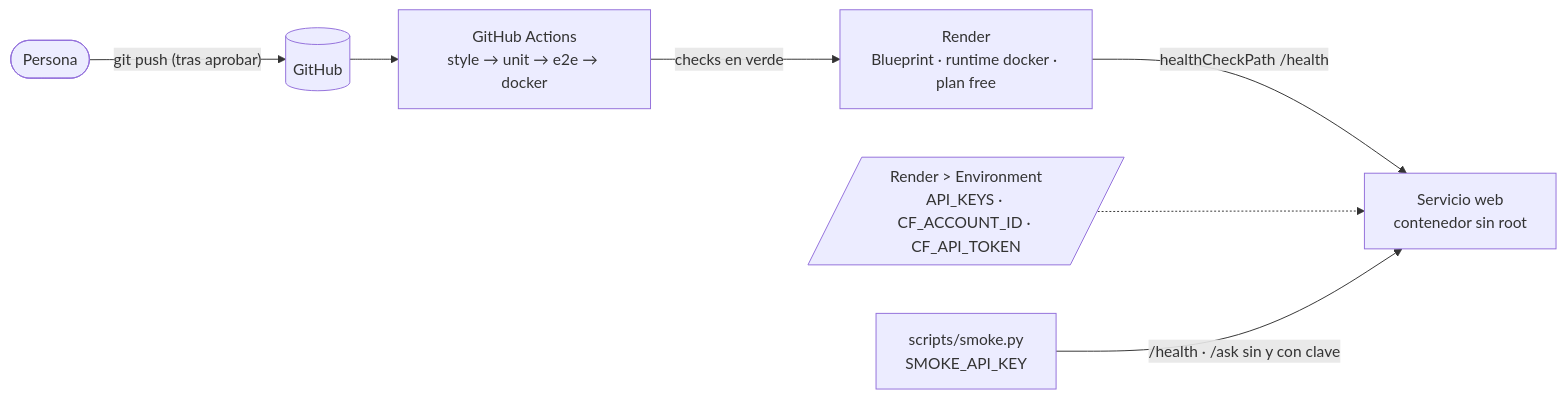
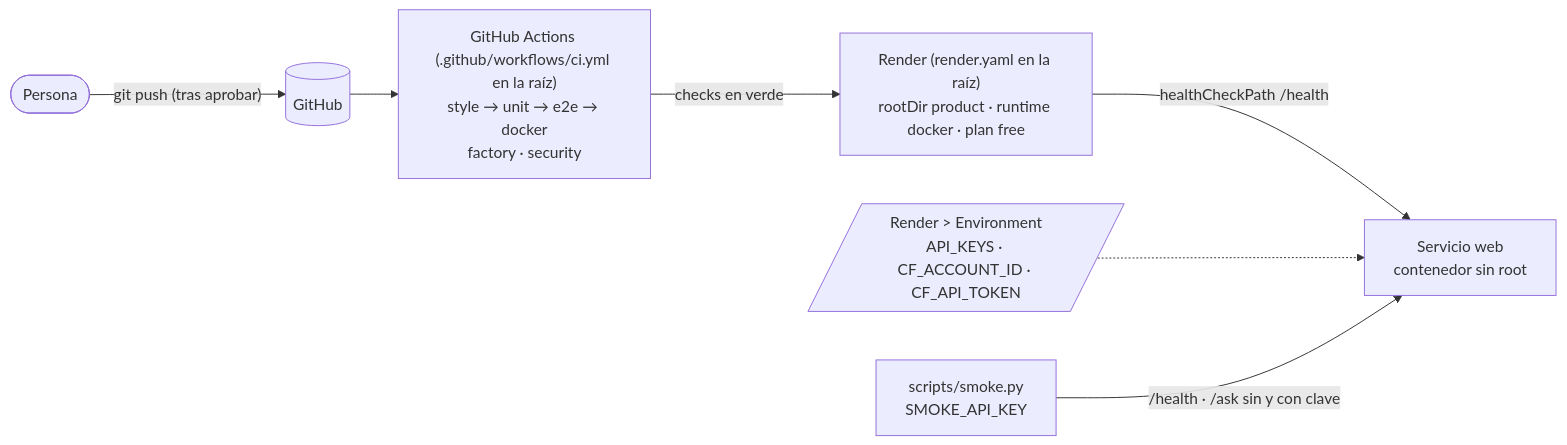
One commit to Xochitlsw/m4-hr-assistant changed the third of 3 diagrams in product/doc/architecture.md. Above: the diagram before and after it, drawn with Mermaid. The commit also changed other lines of this file and 16 other files, not shown here.

Commit message:
feat(delivery): CI y Blueprint en la raiz, trabajos factory y security, dependencias fijadas con hashes

````diff
--- a/product/doc/architecture.md
+++ b/product/doc/architecture.md
@@ -134,9 +136,9 @@
 ```mermaid
 flowchart LR
   dev(["Persona"]) -- "git push (tras aprobar)" --> gh[("GitHub")]
-  gh --> ci["GitHub Actions<br/>style → unit → e2e → docker"]
-  ci -- "checks en verde" --> render["Render<br/>Blueprint · runtime docker · plan free"]
+  gh --> ci["GitHub Actions (.github/workflows/ci.yml en la raíz)<br/>style → unit → e2e → docker<br/>factory · security"]
+  ci -- "checks en verde" --> render["Render (render.yaml en la raíz)<br/>rootDir product · runtime docker · plan free"]
   render -- "healthCheckPath /health" --> svc["Servicio web<br/>contenedor sin root"]
   secrets[/"Render > Environment<br/>API_KEYS · CF_ACCOUNT_ID · CF_API_TOKEN"/] -.-> svc
   smoke["scripts/smoke.py<br/>SMOKE_API_KEY"] -- "/health · /ask sin y con clave" --> svc
 ```
````
